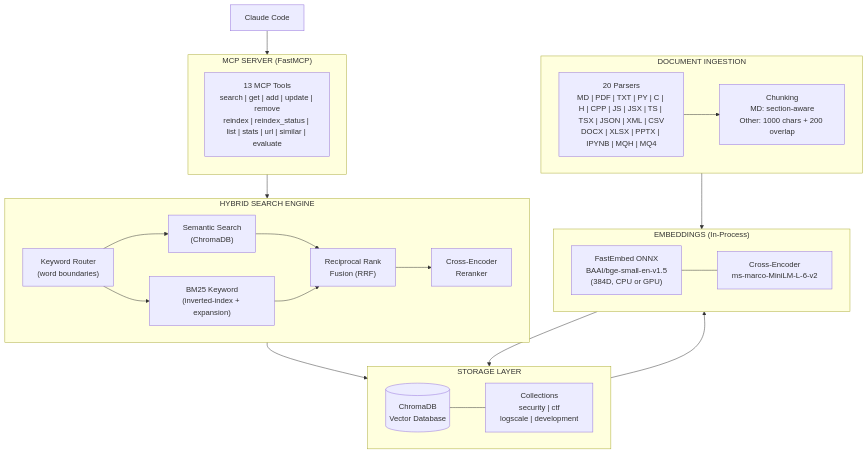
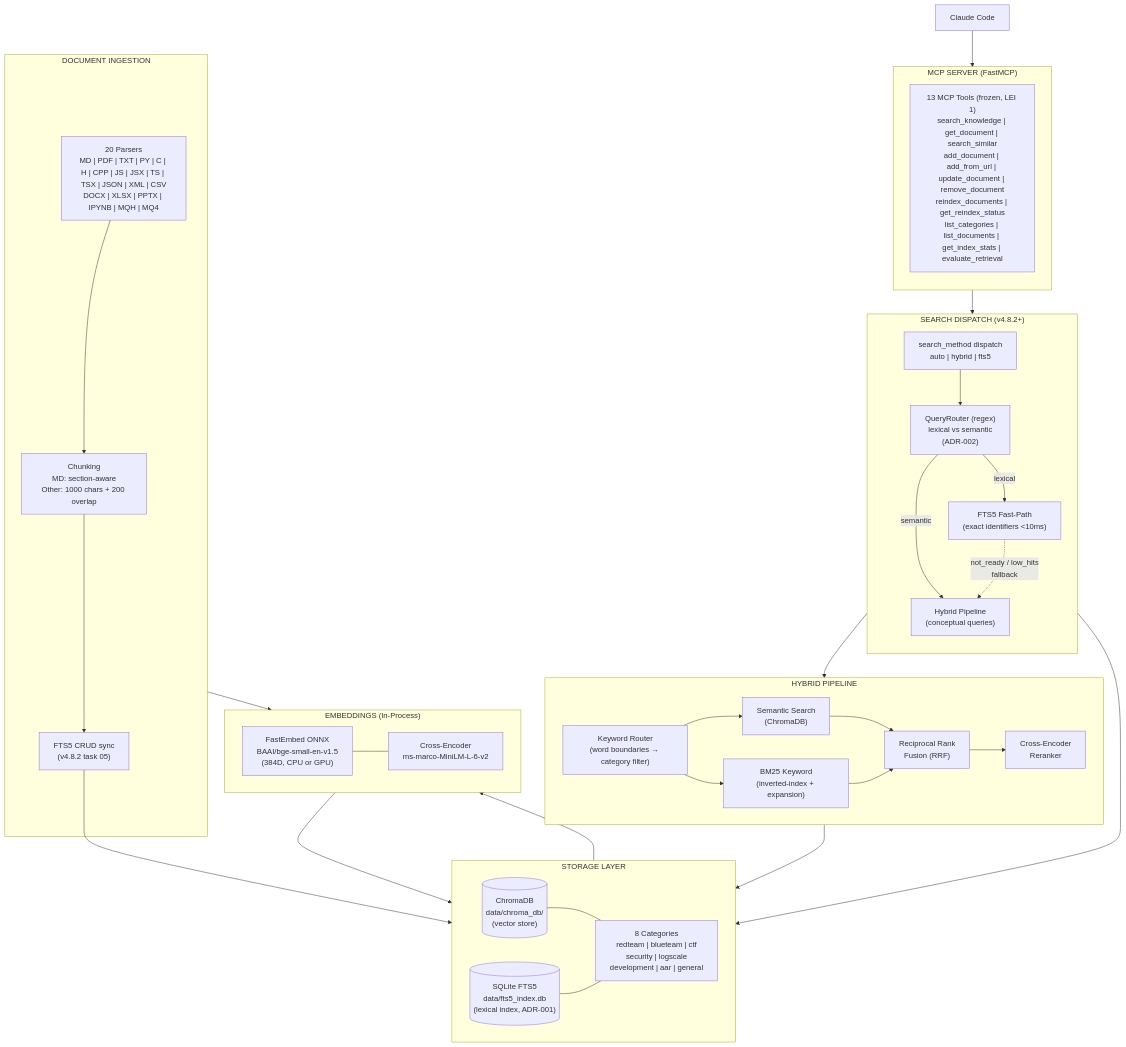
The first of 4 diagrams in README.md (imakealol/knowledge-rag), drawn with Mermaid before and after one commit. The commit also changed other lines of this file, not shown here.

````diff
--- a/README.md
+++ b/README.md
@@ -229,48 +229,67 @@
 ```mermaid
 flowchart TB
     subgraph MCP["MCP SERVER (FastMCP)"]
         direction TB
-        TOOLS["13 MCP Tools<br/>search | get | add | update | remove<br/>reindex | reindex_status | list | stats | url | similar | evaluate"]
+        TOOLS["13 MCP Tools (frozen, LEI 1)<br/>search_knowledge | get_document | search_similar<br/>add_document | add_from_url | update_document | remove_document<br/>reindex_documents | get_reindex_status<br/>list_categories | list_documents | get_index_stats | evaluate_retrieval"]
     end
 
-    subgraph SEARCH["HYBRID SEARCH ENGINE"]
+    subgraph SEARCH["SEARCH DISPATCH (v4.8.2+)"]
+        direction TB
+        SM["search_method dispatch<br/>auto | hybrid | fts5"]
+        QROUTER["QueryRouter (regex)<br/>lexical vs semantic<br/>(ADR-002)"]
+        FTS5PATH["FTS5 Fast-Path<br/>(exact identifiers <10ms)"]
+        HYBRIDPATH["Hybrid Pipeline<br/>(conceptual queries)"]
+
+        SM --> QROUTER
+        QROUTER -->|lexical| FTS5PATH
+        QROUTER -->|semantic| HYBRIDPATH
+        FTS5PATH -.->|not_ready / low_hits<br/>fallback| HYBRIDPATH
+    end
+
+    subgraph HYBRID["HYBRID PIPELINE"]
         direction LR
-        ROUTER["Keyword Router<br/>(word boundaries)"]
+        KWROUTER["Keyword Router<br/>(word boundaries → category filter)"]
         SEMANTIC["Semantic Search<br/>(ChromaDB)"]
         BM25["BM25 Keyword<br/>(inverted-index + expansion)"]
         RRF["Reciprocal Rank<br/>Fusion (RRF)"]
         RERANK["Cross-Encoder<br/>Reranker"]
 
-        ROUTER --> SEMANTIC
-        ROUTER --> BM25
+        KWROUTER --> SEMANTIC
+        KWROUTER --> BM25
         SEMANTIC --> RRF
         BM25 --> RRF
         RRF --> RERANK
     end
 
     subgraph STORAGE["STORAGE LAYER"]
         direction LR
-        CHROMA[("ChromaDB<br/>Vector Database")]
-        COLLECTIONS["Collections<br/>security | ctf<br/>logscale | development"]
+        CHROMA[("ChromaDB<br/>data/chroma_db/<br/>(vector store)")]
+        FTS5DB[("SQLite FTS5<br/>data/fts5_index.db<br/>(lexical index, ADR-001)")]
+        COLLECTIONS["8 Categories<br/>redteam | blueteam | ctf<br/>security | logscale<br/>development | aar | general"]
         CHROMA --- COLLECTIONS
+        FTS5DB --- COLLECTIONS
     end
 
     subgraph EMBED["EMBEDDINGS (In-Process)"]
         FASTEMBED["FastEmbed ONNX<br/>BAAI/bge-small-en-v1.5<br/>(384D, CPU or GPU)"]
         CROSSENC["Cross-Encoder<br/>ms-marco-MiniLM-L-6-v2"]
         FASTEMBED --- CROSSENC
     end
 
     subgraph INGEST["DOCUMENT INGESTION"]
         PARSERS["20 Parsers<br/>MD | PDF | TXT | PY | C | H | CPP | JS | JSX | TS | TSX | JSON | XML | CSV<br/>DOCX | XLSX | PPTX | IPYNB | MQH | MQ4"]
         CHUNKER["Chunking<br/>MD: section-aware<br/>Other: 1000 chars + 200 overlap"]
-        PARSERS --> CHUNKER
+        FTS5SYNC["FTS5 CRUD sync<br/>(v4.8.2 task 05)"]
+        PARSERS --> CHUNKER --> FTS5SYNC
     end
 
     CLAUDE["Claude Code"] --> MCP
     MCP --> SEARCH
-    SEARCH --> STORAGE
+    HYBRIDPATH --> HYBRID
+    FTS5PATH --> FTS5DB
+    HYBRID --> STORAGE
     STORAGE --> EMBED
     INGEST --> EMBED
     EMBED --> STORAGE
+    FTS5SYNC --> FTS5DB
 ```
````
